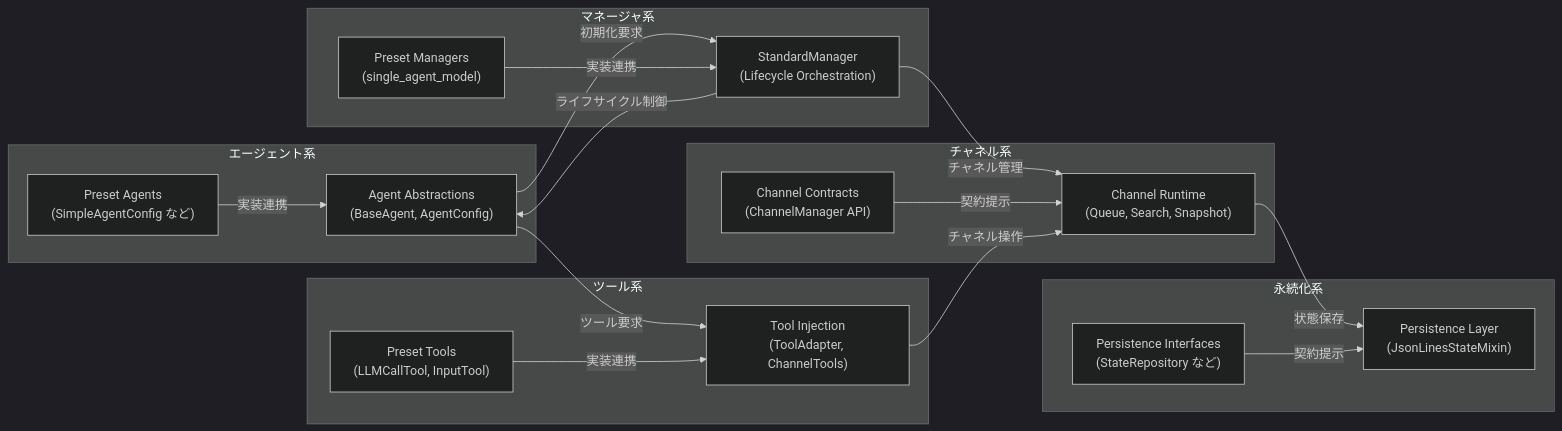
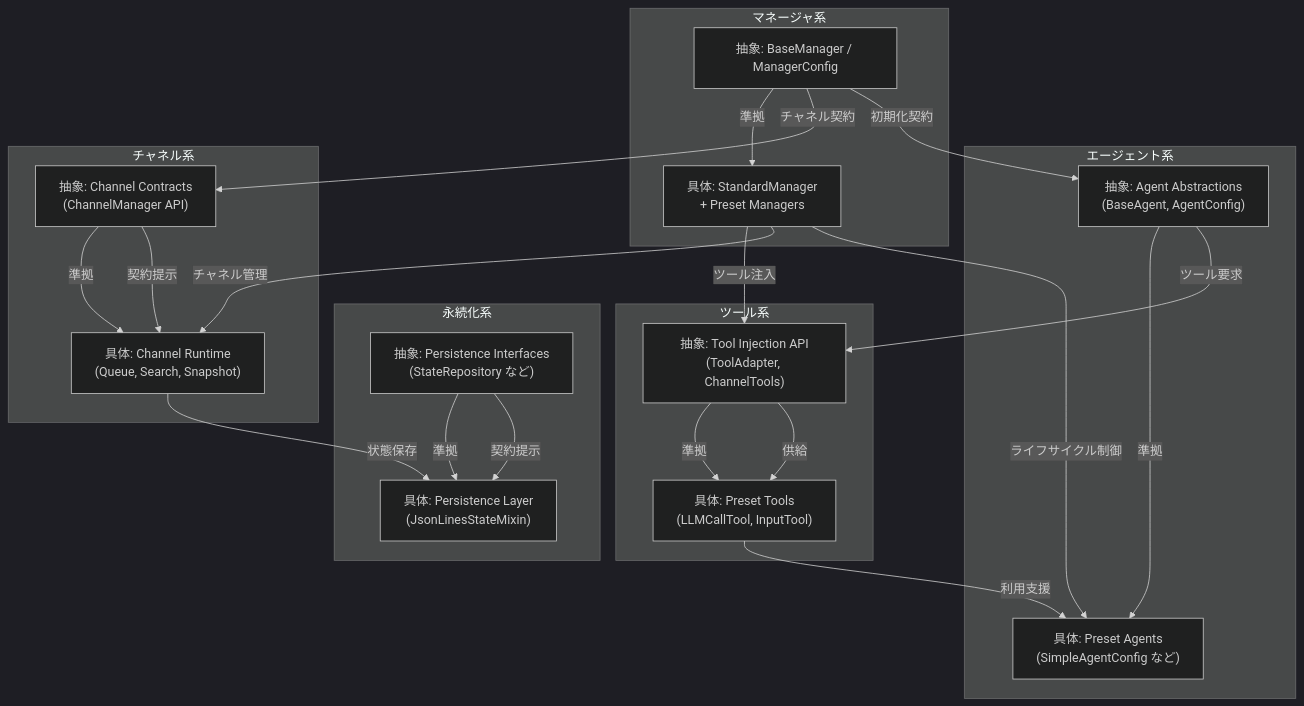
One commit to n-kats/ai-agents changed the diagram in docs/library_structure.md. Above: the diagram before and after it, drawn with Mermaid (dark theme). The commit also changed other lines of this file, not shown here.

````diff
--- a/docs/library_structure.md
+++ b/docs/library_structure.md
@@ -7,39 +7,44 @@
 ```mermaid
-graph LR
-    subgraph Agents["エージェント系"]
-        agent_api["Agent Abstractions<br/>(BaseAgent, AgentConfig)"]
-        preset_agents["Preset Agents<br/>(SimpleAgentConfig など)"]
+graph TB
+    subgraph AgentsCluster["エージェント系"]
+        agent_contract["抽象: Agent Abstractions<br/>(BaseAgent, AgentConfig)"]
+        agent_impl["具体: Preset Agents<br/>(SimpleAgentConfig など)"]
     end
 
-    subgraph Managers["マネージャ系"]
-        manager_layer["StandardManager<br/>(Lifecycle Orchestration)"]
-        preset_managers["Preset Managers<br/>(single_agent_model)"]
+    subgraph ManagersCluster["マネージャ系"]
+        manager_contract["抽象: BaseManager / ManagerConfig"]
+        manager_impl["具体: StandardManager<br/>+ Preset Managers"]
     end
 
-    subgraph Channels["チャネル系"]
-        channel_contracts["Channel Contracts<br/>(ChannelManager API)"]
-        channel_runtime["Channel Runtime<br/>(Queue, Search, Snapshot)"]
+    subgraph ChannelsCluster["チャネル系"]
+        channel_contract["抽象: Channel Contracts<br/>(ChannelManager API)"]
+        channel_impl["具体: Channel Runtime<br/>(Queue, Search, Snapshot)"]
     end
 
-    subgraph Persistence["永続化系"]
-        persistence_contracts["Persistence Interfaces<br/>(StateRepository など)"]
-        persistence_runtime["Persistence Layer<br/>(JsonLinesStateMixin)"]
+    subgraph PersistenceCluster["永続化系"]
+        persistence_contract["抽象: Persistence Interfaces<br/>(StateRepository など)"]
+        persistence_impl["具体: Persistence Layer<br/>(JsonLinesStateMixin)"]
     end
 
-    subgraph Tooling["ツール系"]
-        tool_injection["Tool Injection<br/>(ToolAdapter, ChannelTools)"]
-        preset_tools["Preset Tools<br/>(LLMCallTool, InputTool)"]
+    subgraph ToolingCluster["ツール系"]
+        tool_contract["抽象: Tool Injection API<br/>(ToolAdapter, ChannelTools)"]
+        tool_impl["具体: Preset Tools<br/>(LLMCallTool, InputTool)"]
     end
 
-    agent_api -->|初期化要求| manager_layer
-    manager_layer -->|ライフサイクル制御| agent_api
-    manager_layer -->|チャネル管理| channel_runtime
-    channel_contracts -->|契約提示| channel_runtime
-    channel_runtime -->|状態保存| persistence_runtime
-    persistence_contracts -->|契約提示| persistence_runtime
-    agent_api -->|ツール要求| tool_injection
-    tool_injection -->|チャネル操作| channel_runtime
-    preset_managers -->|実装連携| manager_layer
-    preset_agents -->|実装連携| agent_api
-    preset_tools -->|実装連携| tool_injection
+    manager_contract -->|初期化契約| agent_contract
+    manager_impl -->|ライフサイクル制御| agent_impl
+    manager_contract -->|チャネル契約| channel_contract
+    manager_impl -->|チャネル管理| channel_impl
+    channel_contract -->|契約提示| channel_impl
+    channel_impl -->|状態保存| persistence_impl
+    persistence_contract -->|契約提示| persistence_impl
+    agent_contract -->|ツール要求| tool_contract
+    tool_contract -->|供給| tool_impl
+    tool_impl -->|利用支援| agent_impl
+    manager_impl -->|ツール注入| tool_contract
+    agent_contract -->|準拠| agent_impl
+    manager_contract -->|準拠| manager_impl
+    channel_contract -->|準拠| channel_impl
+    persistence_contract -->|準拠| persistence_impl
+    tool_contract -->|準拠| tool_impl
 ```
````
